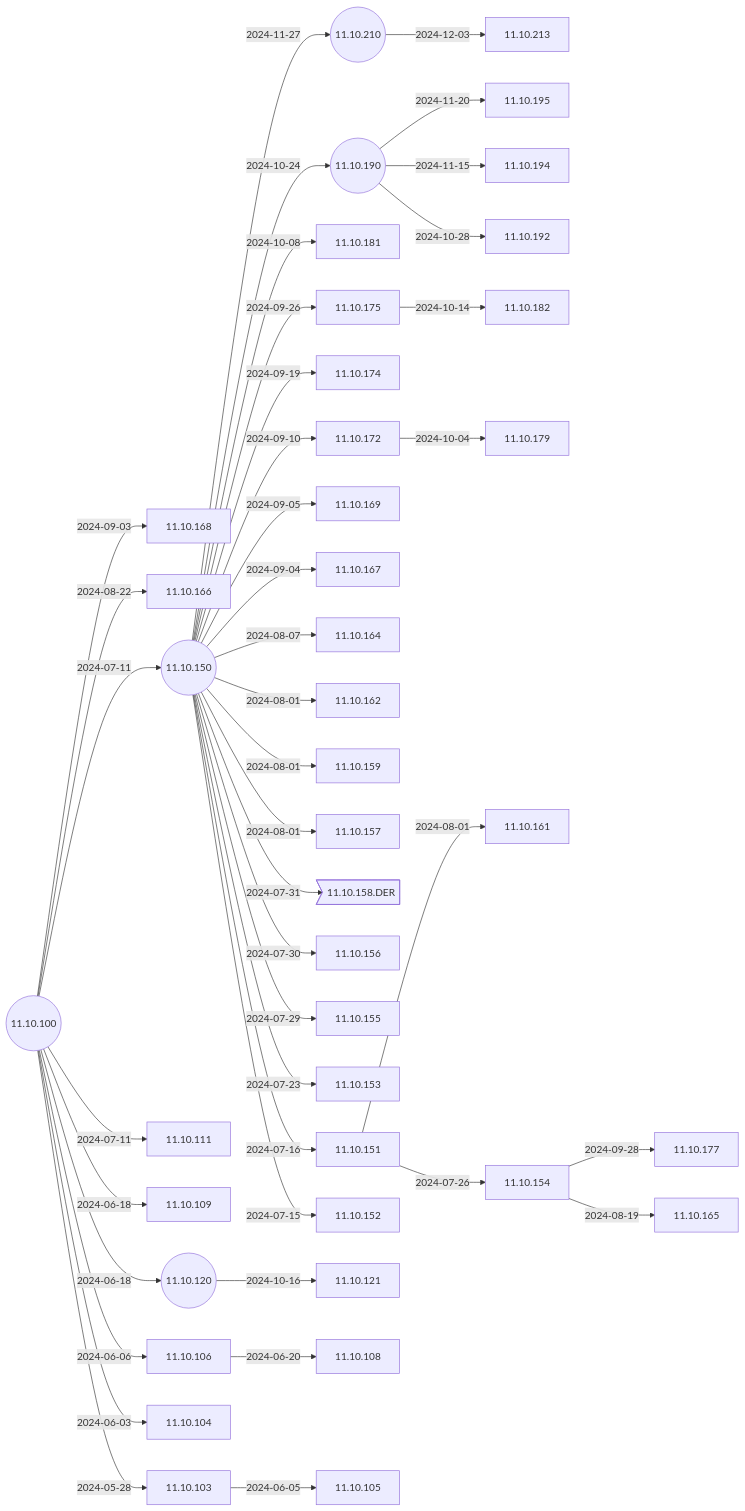
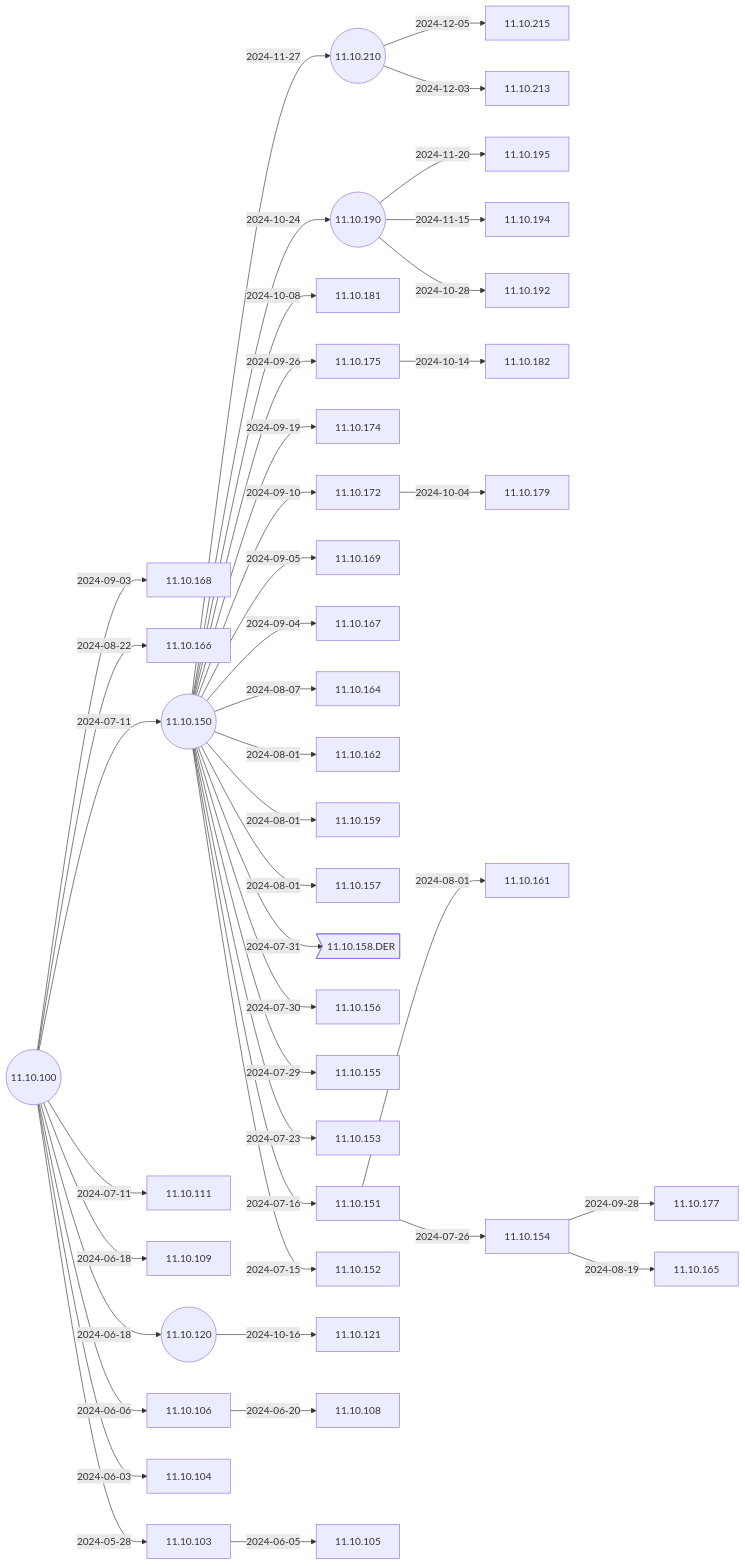
One commit to IGEL-Community/IGEL-Docs-v02 changed the second of 6 diagrams in docs/Docs/ReleaseNotes/01-OS11/README.md. Above: the diagram before and after it, drawn with Mermaid. The commit also changed 2 other files, not shown here.

Commit message:
11.10.215 < 11.10.210 11.10.215 < 11.10.210

````diff
--- a/docs/Docs/ReleaseNotes/01-OS11/README.md
+++ b/docs/Docs/ReleaseNotes/01-OS11/README.md
@@ -41,5 +41,6 @@
 ```mermaid
 flowchart LR
+    11.10.210-- 2024-12-05 -->11.10.215
     11.10.210-- 2024-12-03 -->11.10.213
     11.10.150-- 2024-11-27 -->11.10.210((11.10.210))
     11.10.190-- 2024-11-20 -->11.10.195
@@ -81,6 +82,7 @@
     11.10.100-- 2024-06-03 -->11.10.104
     11.10.100-- 2024-05-28 -->11.10.103
     11.10.100((11.10.100))
+    click 11.10.215 "https://github.com/IGEL-Community/IGEL-Docs-v02/tree/main/docs/Docs/ReleaseNotes/01-OS11/readme11.10.215.txt" _blank
     click 11.10.213 "https://github.com/IGEL-Community/IGEL-Docs-v02/tree/main/docs/Docs/ReleaseNotes/01-OS11/readme11.10.213.txt" _blank
     click 11.10.210 "https://github.com/IGEL-Community/IGEL-Docs-v02/tree/main/docs/Docs/ReleaseNotes/01-OS11/readme11.10.210.txt" _blank
     click 11.10.195 "https://github.com/IGEL-Community/IGEL-Docs-v02/tree/main/docs/Docs/ReleaseNotes/01-OS11/readme11.10.195.txt" _blank
````
